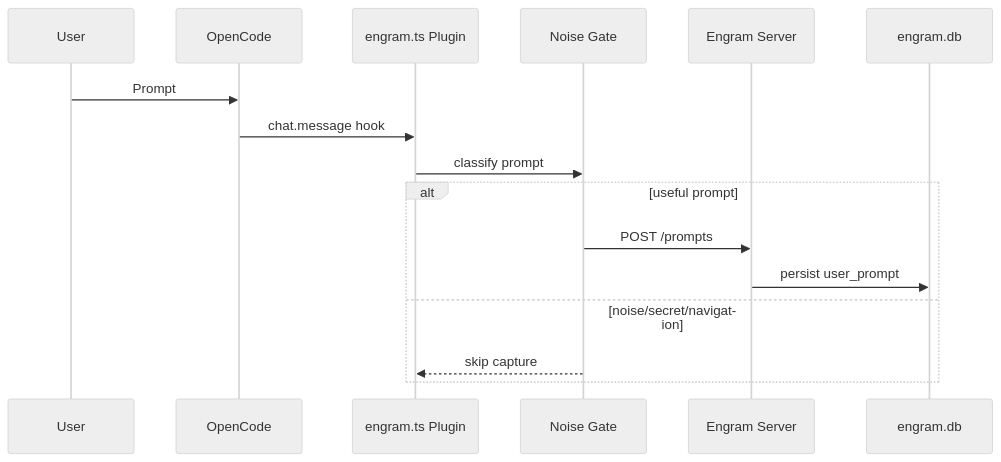
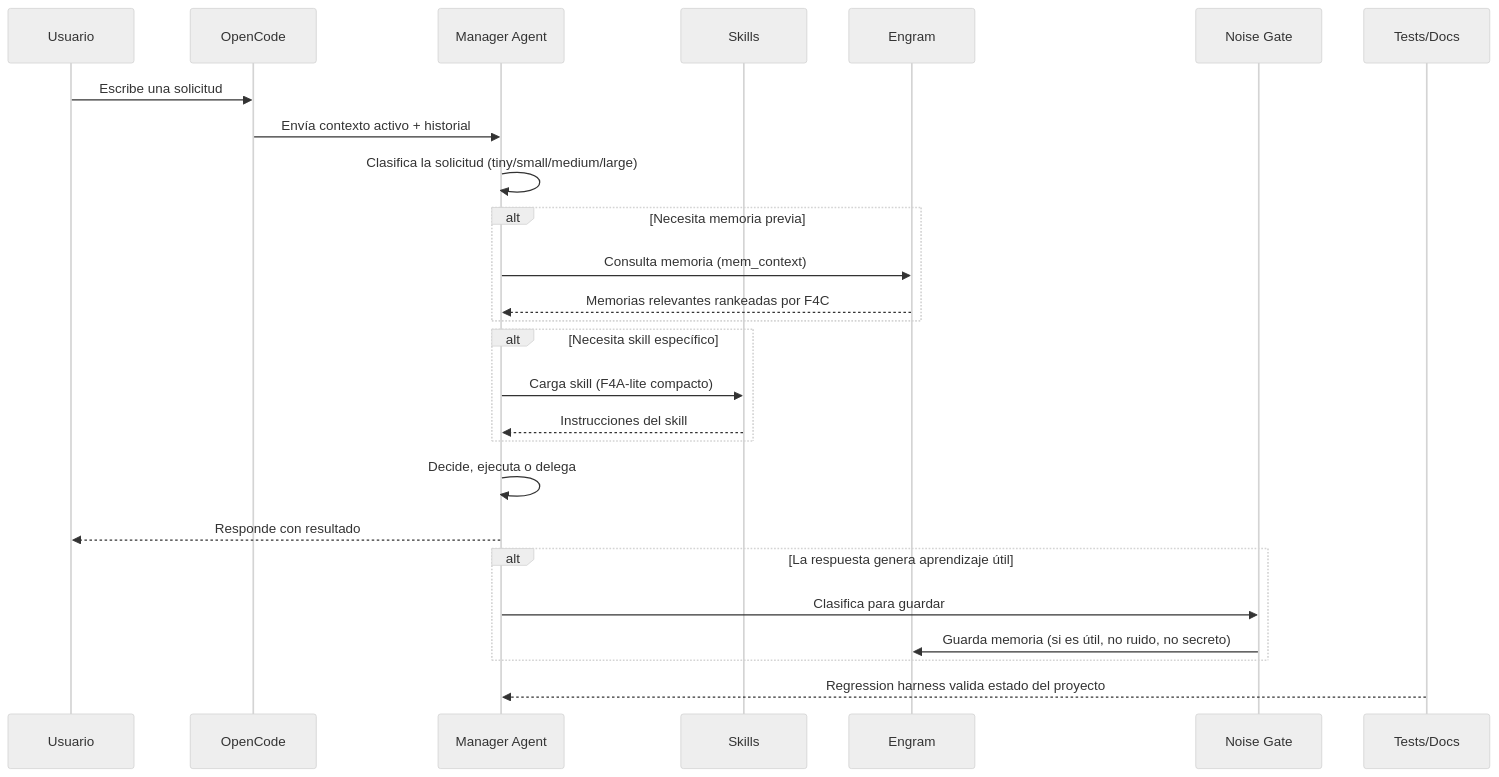
One commit to harrysxavio/opencode-architecture changed the second of 9 diagrams in README.md. Above: the diagram before and after it, drawn with Mermaid (neutral theme). The commit also changed other lines of this file, not shown here.

````diff
--- a/README.md
+++ b/README.md
@@ -81,19 +142,35 @@
 ```mermaid
 sequenceDiagram
-  participant U as User
-  participant OC as OpenCode
-  participant P as engram.ts Plugin
-  participant NG as Noise Gate
-  participant E as Engram Server
-  participant DB as engram.db
+    participant U as Usuario
+    participant OC as OpenCode
+    participant M as Manager Agent
+    participant S as Skills
+    participant E as Engram
+    participant NG as Noise Gate
+    participant T as Tests/Docs
 
-  U->>OC: Prompt
-  OC->>P: chat.message hook
-  P->>NG: classify prompt
-  alt useful prompt
-    NG->>E: POST /prompts
-    E->>DB: persist user_prompt
-  else noise/secret/navigation
-    NG-->>P: skip capture
-  end
+    U->>OC: Escribe una solicitud
+    OC->>M: Envía contexto activo + historial
+    
+    M->>M: Clasifica la solicitud (tiny/small/medium/large)
+    
+    alt Necesita memoria previa
+        M->>E: Consulta memoria (mem_context)
+        E-->>M: Memorias relevantes rankeadas por F4C
+    end
+    
+    alt Necesita skill específico
+        M->>S: Carga skill (F4A-lite compacto)
+        S-->>M: Instrucciones del skill
+    end
+    
+    M->>M: Decide, ejecuta o delega
+    M-->>U: Responde con resultado
+    
+    alt La respuesta genera aprendizaje útil
+        M->>NG: Clasifica para guardar
+        NG->>E: Guarda memoria (si es útil, no ruido, no secreto)
+    end
+    
+    T-->>M: Regression harness valida estado del proyecto
 ```
````
